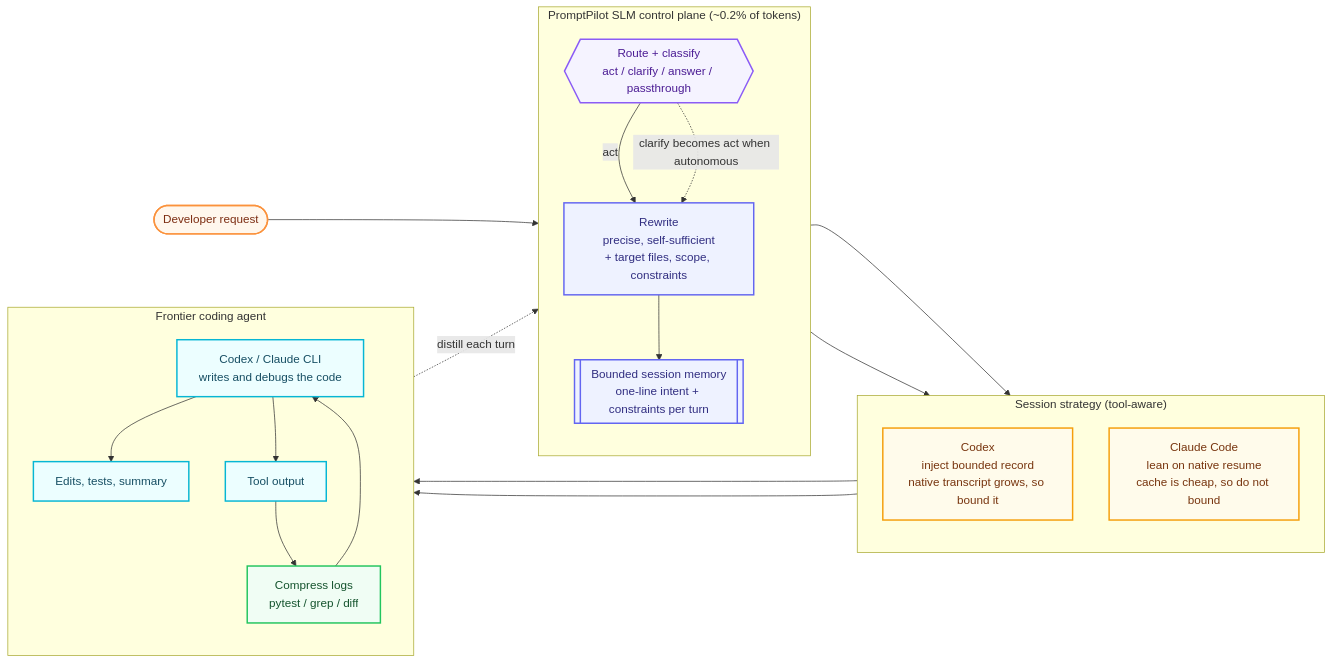
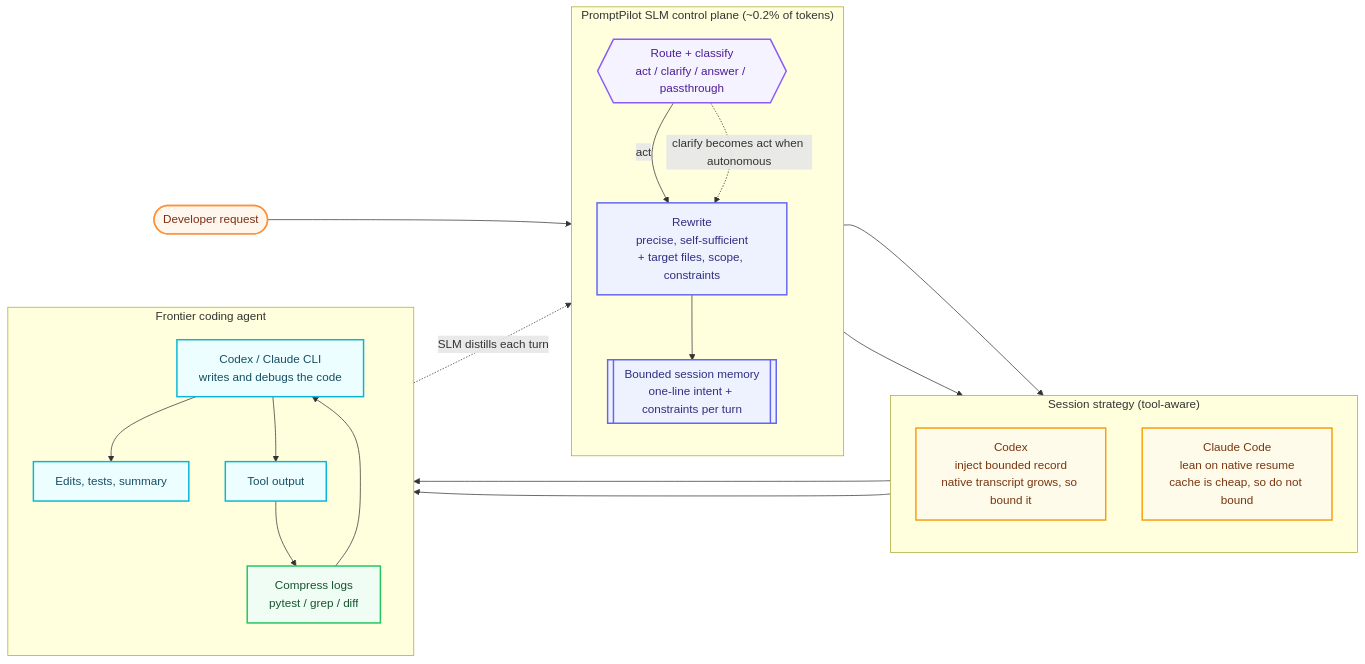
Before and after one commit to steyangdot/PromptPilot: the diagram in README.md, drawn with Mermaid. The commit also changed other lines of this file, not shown here.

Commit message:
docs(readme): attribute "distill each turn" to the SLM
Keep the distill loop, but make ownership explicit: the edge now reads
"SLM distills each turn" and the prose states bounding the session is
SLM work (small model emits the one-line memory_record; only the
changed-file list is appended mechanically; the frontier model never
summarizes itself).

````diff
--- a/README.md
+++ b/README.md
@@ -36,50 +36,50 @@
 ```mermaid
 %%{init: {"flowchart": {"curve": "basis", "nodeSpacing": 50, "rankSpacing": 64}}}%%
 flowchart LR
   U([Developer request])
 
   subgraph PP["PromptPilot SLM control plane (~0.2% of tokens)"]
     direction TB
     C{{"Route + classify<br/>act / clarify / answer / passthrough"}}
     R["Rewrite<br/>precise, self-sufficient<br/>+ target files, scope, constraints"]
     M[["Bounded session memory<br/>one-line intent + constraints per turn"]]
   end
 
   subgraph SS["Session strategy (tool-aware)"]
     direction TB
     K["Codex<br/>inject bounded record<br/>native transcript grows, so bound it"]
     L["Claude Code<br/>lean on native resume<br/>cache is cheap, so do not bound"]
   end
 
   subgraph AG["Frontier coding agent"]
     direction TB
     F["Codex / Claude CLI<br/>writes and debugs the code"]
     O["Edits, tests, summary"]
     T["Tool output"]
     H["Compress logs<br/>pytest / grep / diff"]
   end
 
   U --> C
   C -->|act| R
   C -. "clarify becomes act when autonomous" .-> R
   R --> M
   M --> K --> F
   M --> L --> F
   F --> O
   F --> T --> H --> F
-  O -. "distill each turn" .-> M
+  O -. "SLM distills each turn" .-> M
 
   classDef entry fill:#fff7ed,stroke:#fb923c,stroke-width:2px,color:#7c2d12;
   classDef control fill:#eef2ff,stroke:#6366f1,stroke-width:2px,color:#312e81;
   classDef route fill:#f5f3ff,stroke:#8b5cf6,stroke-width:2px,color:#4c1d95;
   classDef sess fill:#fffbeb,stroke:#f59e0b,stroke-width:2px,color:#78350f;
   classDef agent fill:#ecfeff,stroke:#06b6d4,stroke-width:2px,color:#164e63;
   classDef hook fill:#f0fdf4,stroke:#22c55e,stroke-width:2px,color:#14532d;
 
   class U entry;
   class R,M control;
   class C route;
   class K,L sess;
   class F,O,T agent;
   class H hook;
 ```
````
